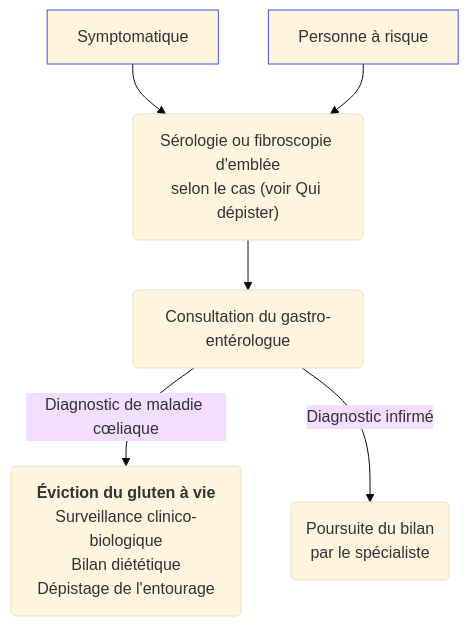
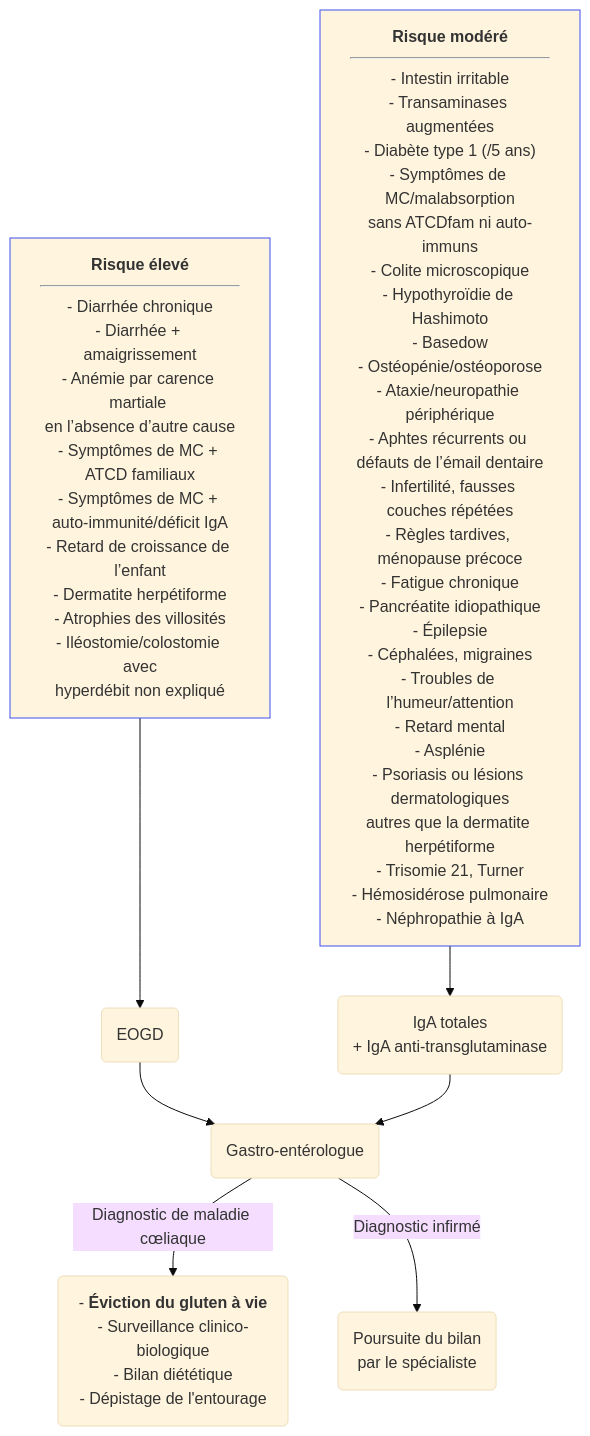
One commit to djibe/recommandations-medicales changed the diagram in content/recommandations/maladie-coeliaque.md. Above: the diagram before and after it, drawn with Mermaid (base theme). The commit also changed other lines of this file and 7 other files, not shown here.

```diff
--- a/content/recommandations/maladie-coeliaque.md
+++ b/content/recommandations/maladie-coeliaque.md
@@ -272,10 +272,10 @@
 {{< mermaid title="Conduite à tenir en cas de suspicion de maladie cœliaque. Dr JB FRON d'après EssCD 2019" >}}
 graph TB
-  symptomatique[Symptomatique] --> examen("Sérologie ou fibroscopie d'emblée<br>selon le cas (voir Qui dépister) ")
+  symptomatique["<b>Risque élevé</b><hr>- Diarrhée chronique<br>- Diarrhée + amaigrissement<br>- Anémie par carence martiale <br>en l’absence d’autre cause<br>- Symptômes de MC + ATCD familiaux<br>- Symptômes de MC + auto-immunité/déficit IgA<br>- Retard de croissance de l’enfant<br>- Dermatite herpétiforme<br>- Atrophies des villosités<br>- Iléostomie/colostomie avec<br>hyperdébit non expliqué"] --> EOGD(EOGD) --> gastro
   style symptomatique stroke:#4150f5, stroke-width:1px
-  personneARisque[Personne à risque] --> examen
+  personneARisque["<b>Risque modéré</b><hr>- Intestin irritable<br>- Transaminases augmentées<br>- Diabète type 1 (/5 ans)<br>- Symptômes de MC/malabsorption<br>sans ATCDfam ni auto-immuns<br>- Colite microscopique<br>- Hypothyroïdie de Hashimoto<br>- Basedow<br>- Ostéopénie/ostéoporose<br>- Ataxie/neuropathie périphérique<br>- Aphtes récurrents ou défauts de l’émail dentaire<br>- Infertilité, fausses couches répétées<br>- Règles tardives, ménopause précoce<br>- Fatigue chronique<br>- Pancréatite idiopathique<br>- Épilepsie<br>- Céphalées, migraines<br>- Troubles de l’humeur/attention<br>- Retard mental<br>- Asplénie<br>- Psoriasis ou lésions dermatologiques<br>autres que la dermatite herpétiforme<br>- Trisomie 21, Turner<br>- Hémosidérose pulmonaire<br>- Néphropathie à IgA"] --> serologie("IgA totales<br>+ IgA anti-transglutaminase") --> gastro
   style personneARisque stroke:#4150f5, stroke-width:1px
-    examen --> gastro(Consultation du gastro-entérologue)
-      gastro --"Diagnostic de maladie cœliaque"--> traitement("<b>Éviction du gluten à vie</b><br>Surveillance clinico-biologique<br>Bilan diététique<br>Dépistage de l'entourage")
-      gastro --"Diagnostic infirmé"--> explo("Poursuite du bilan<br>par le spécialiste")
+      gastro(Gastro-entérologue)
+      gastro --"Diagnostic de maladie cœliaque"--> traitement("- <b>Éviction du gluten à vie</b><br>- Surveillance clinico-biologique<br>- Bilan diététique<br>- Dépistage de l'entourage")
+      gastro -- Diagnostic infirmé --> explo("Poursuite du bilan<br>par le spécialiste")
 {{< /mermaid >}}
```
